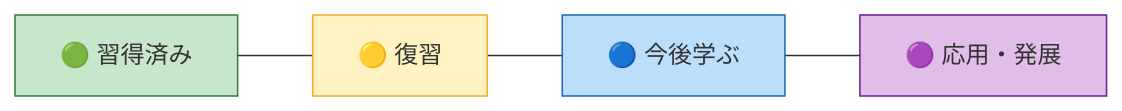
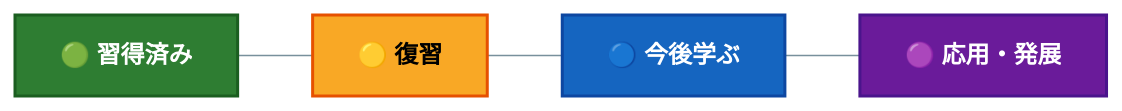
One commit to manato1201/manato1201 changed the first of 13 diagrams in README.md. Above: the diagram before and after it, drawn with Mermaid. The commit also changed other lines of this file, not shown here.

````diff
--- a/README.md
+++ b/README.md
@@ -73,9 +74,9 @@
 ```mermaid
-%% 凡例スタイル(各図共通)
+%%{init: {'themeVariables': {'primaryColor':'#37474f','primaryTextColor':'#ffffff','primaryBorderColor':'#263238','lineColor':'#78909c','fontSize':'16px'}}}%%
 flowchart LR
     L1[🟢 習得済み]:::done --- L2[🟡 復習]:::review --- L3[🔵 今後学ぶ]:::next --- L4[🟣 応用・発展]:::adv
-    classDef done fill:#c8e6c9,stroke:#2e7d32
-    classDef review fill:#fff3c4,stroke:#f9a825
-    classDef next fill:#bbdefb,stroke:#1565c0
-    classDef adv fill:#e1bee7,stroke:#6a1b9a
+    classDef done fill:#2e7d32,stroke:#1b5e20,stroke-width:2px,color:#ffffff,font-weight:bold
+    classDef review fill:#f9a825,stroke:#e65100,stroke-width:2px,color:#000000,font-weight:bold
+    classDef next fill:#1565c0,stroke:#0d47a1,stroke-width:2px,color:#ffffff,font-weight:bold
+    classDef adv fill:#6a1b9a,stroke:#4a148c,stroke-width:2px,color:#ffffff,font-weight:bold
 ```
````
